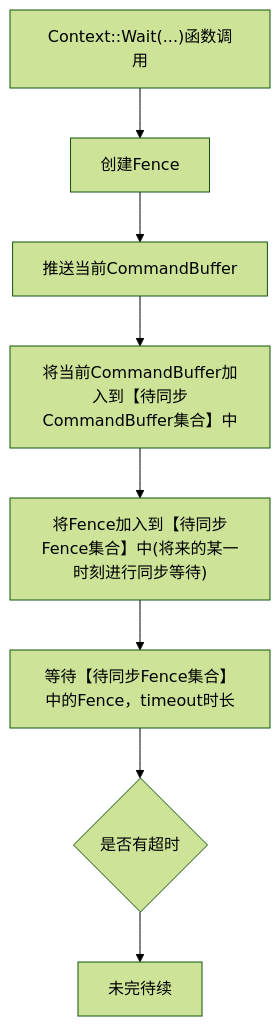
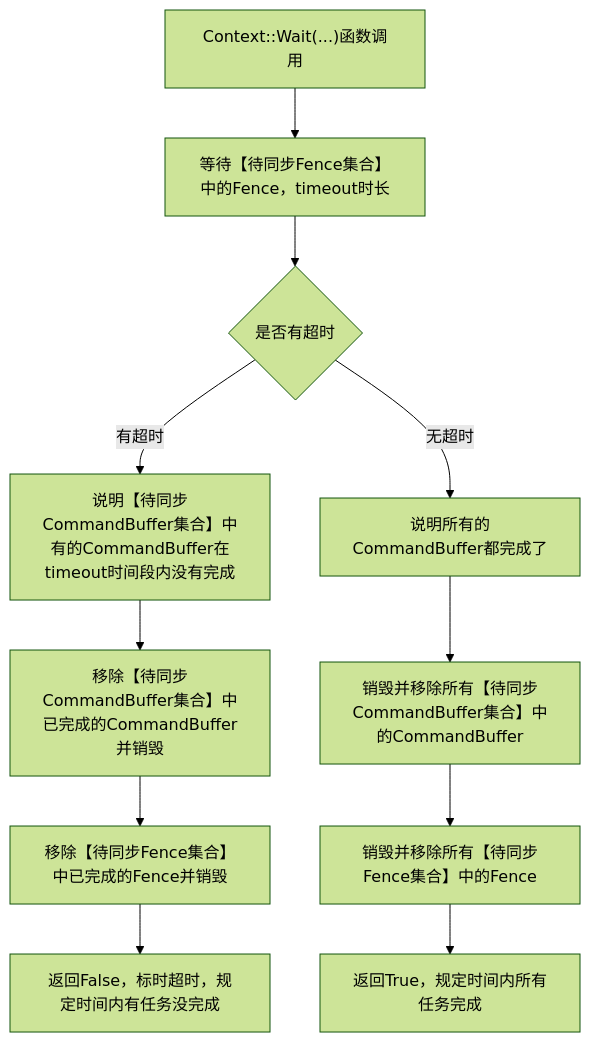
Before and after one commit to FuXiii/Turbo: the ninth of 10 diagrams in docs/Design/FrameGraphAdvance.md, drawn with Mermaid (forest theme). The commit also changed other lines of this file and 1 other file, not shown here.

````diff
--- a/docs/Design/FrameGraphAdvance.md
+++ b/docs/Design/FrameGraphAdvance.md
@@ -2258,18 +2262,30 @@
 ```mermaid
 graph TD;
 Wait["Context::Wait(...)函数调用"]
-CreateFence["创建Fence"]
-SubmmitCurrentCommandBuffer["推送当前CommandBuffer"]
-PushFenceIntoFenceSet["将Fence加入到【待同步Fence集合】中(将来的某一时刻进行同步等待)"]
-CurrentCommandBufferPushIntoCommandBufferSet["将当前CommandBuffer加入到【待同步CommandBuffer集合】中"]
 WaitAllFenceTimeoutFenceSet["等待【待同步Fence集合】中的Fence，timeout时长"]
 IsHasTimeout{"是否有超时"}
+YesHasTimeout["说明【待同步CommandBuffer集合】中有的CommandBuffer在timeout时间段内没有完成"]
+NoHasTimeout["说明所有的CommandBuffer都完成了"]
 
-Wait-->CreateFence
-CreateFence-->SubmmitCurrentCommandBuffer
-SubmmitCurrentCommandBuffer-->CurrentCommandBufferPushIntoCommandBufferSet
-CurrentCommandBufferPushIntoCommandBufferSet-->PushFenceIntoFenceSet
-PushFenceIntoFenceSet-->WaitAllFenceTimeoutFenceSet
+RemoveAndDestroyCommandBuffers["销毁并移除所有【待同步CommandBuffer集合】中的CommandBuffer"]
+RemoveAndDestroyFences["销毁并移除所有【待同步Fence集合】中的Fence"]
+
+RemoveFinishedCommandBufferAndDestroy["移除【待同步CommandBuffer集合】中已完成的CommandBuffer并销毁"]
+RemoveFinishedFenceAndDestroy["移除【待同步Fence集合】中已完成的Fence并销毁"]
+
+ReturnFalse["返回False，标时超时，规定时间内有任务没完成"]
+ReturnTrue["返回True，规定时间内所有任务完成"]
+
+Wait-->WaitAllFenceTimeoutFenceSet
 WaitAllFenceTimeoutFenceSet-->IsHasTimeout
-IsHasTimeout-->NotFinish["未完待续"]
+IsHasTimeout--有超时-->YesHasTimeout
+IsHasTimeout--无超时-->NoHasTimeout
+
+NoHasTimeout-->RemoveAndDestroyCommandBuffers
+RemoveAndDestroyCommandBuffers-->RemoveAndDestroyFences
+RemoveAndDestroyFences-->ReturnTrue
+
+YesHasTimeout-->RemoveFinishedCommandBufferAndDestroy
+RemoveFinishedCommandBufferAndDestroy-->RemoveFinishedFenceAndDestroy
+RemoveFinishedFenceAndDestroy-->ReturnFalse
 ```
````
